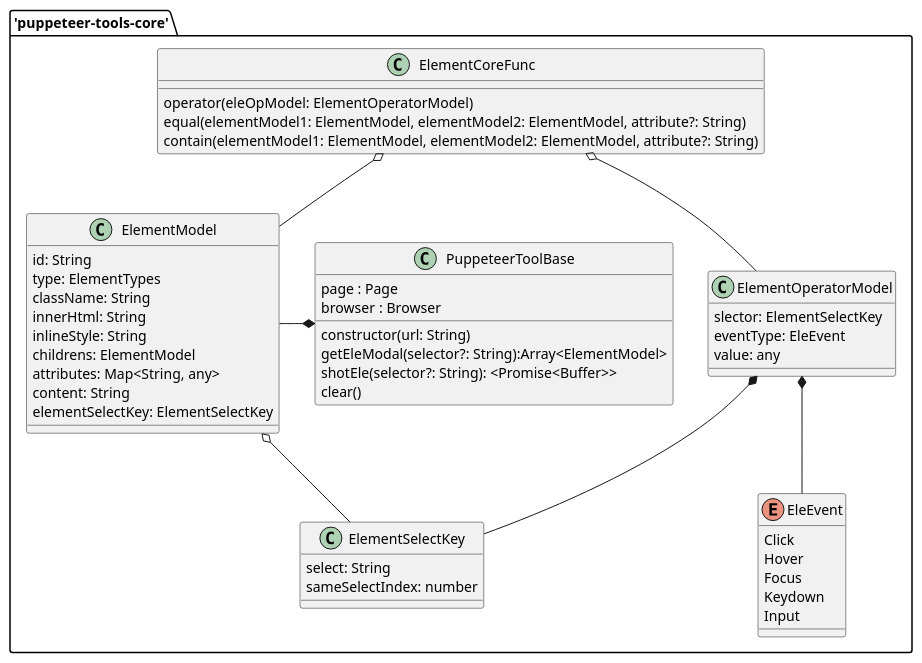
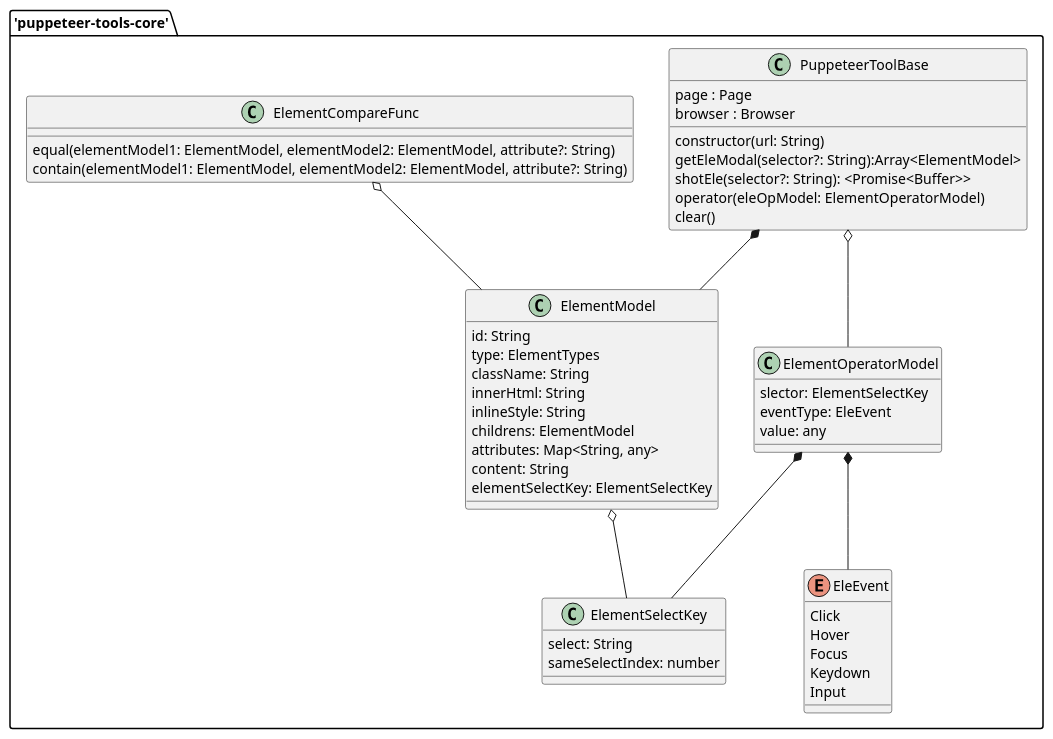
One commit to yanguoyu/puppeteer-autotest changed the diagram in uml/puppeteer-tool-core.wsd. Above: the diagram before and after it, drawn with PlantUML. The commit also changed 7 other files, not shown here.

```diff
--- a/uml/puppeteer-tool-core.wsd
+++ b/uml/puppeteer-tool-core.wsd
@@ -1,59 +1,59 @@
 @startuml puppeteer-tools-core
 
 package 'puppeteer-tools-core' {
 
   PuppeteerToolBase *- ElementModel
+  PuppeteerToolBase o--ElementOperatorModel
   class PuppeteerToolBase {
     constructor(url: String)
     getEleModal(selector?: String):Array<ElementModel>
     shotEle(selector?: String): <Promise<Buffer>>
+    operator(eleOpModel: ElementOperatorModel)
     clear()
     page : Page
     browser : Browser
   }
 
   class ElementSelectKey {
     select: String
     sameSelectIndex: number
   }
 
   enum EleEvent {
     Click
     Hover
     Focus
     Keydown
     Input
   }
 
   ElementModel o--ElementSelectKey
   class ElementModel {
     id: String
     type: ElementTypes
     className: String
     innerHtml: String
     inlineStyle: String
     childrens: ElementModel
     attributes: Map<String, any>
     content: String
     elementSelectKey: ElementSelectKey
   }
 
   ElementOperatorModel *--EleEvent
   ElementOperatorModel *--ElementSelectKey
   class ElementOperatorModel{
     slector: ElementSelectKey
     eventType: EleEvent
     value: any
   }
 
-  ElementCoreFunc o--ElementOperatorModel
-  ElementCoreFunc o--ElementModel
-  class ElementCoreFunc {
-    operator(eleOpModel: ElementOperatorModel)
+  ElementCompareFunc o--ElementModel
+  class ElementCompareFunc {
     equal(elementModel1: ElementModel, elementModel2: ElementModel, attribute?: String)
     contain(elementModel1: ElementModel, elementModel2: ElementModel, attribute?: String)
   }
 
 }
 
 @enduml
```
